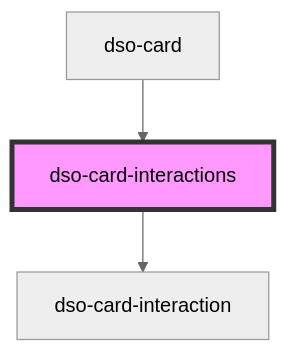
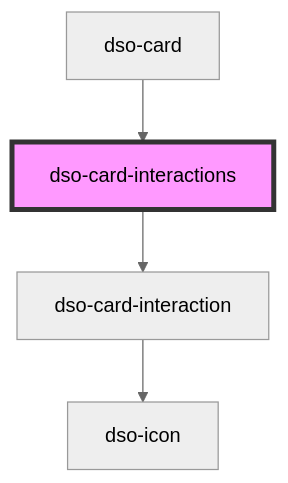
One commit to dso-toolkit/dso-toolkit changed the diagram in packages/core/src/components/card/readme.md. Above: the diagram before and after it, drawn with Mermaid (neutral theme). The commit also changed 7 other files, not shown here.

````diff
--- a/packages/core/src/components/card/readme.md
+++ b/packages/core/src/components/card/readme.md
@@ -27,6 +27,7 @@
 ```mermaid
 graph TD;
   dso-card-interactions --> dso-card-interaction
+  dso-card-interaction --> dso-icon
   dso-card --> dso-card-interactions
   style dso-card-interactions fill:#f9f,stroke:#333,stroke-width:4px
 ```
````
